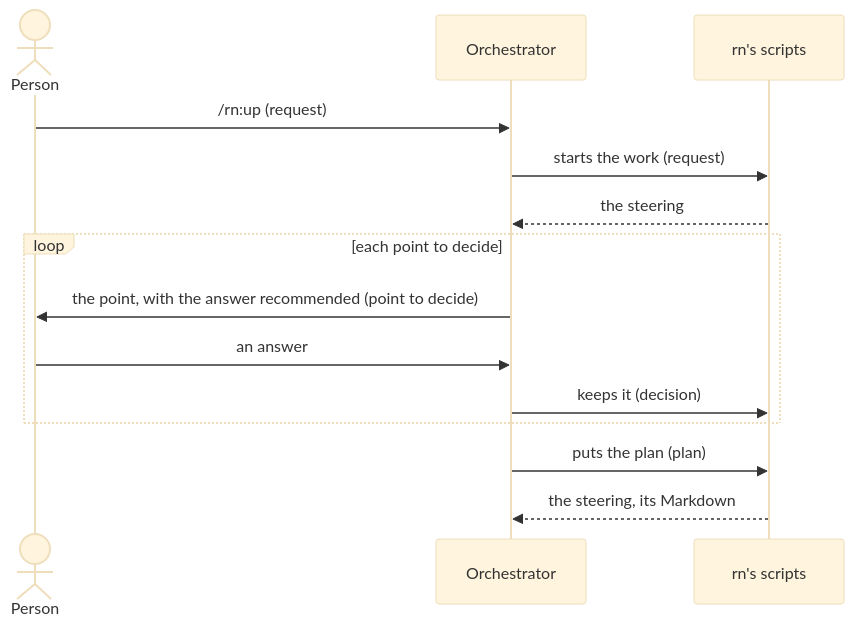
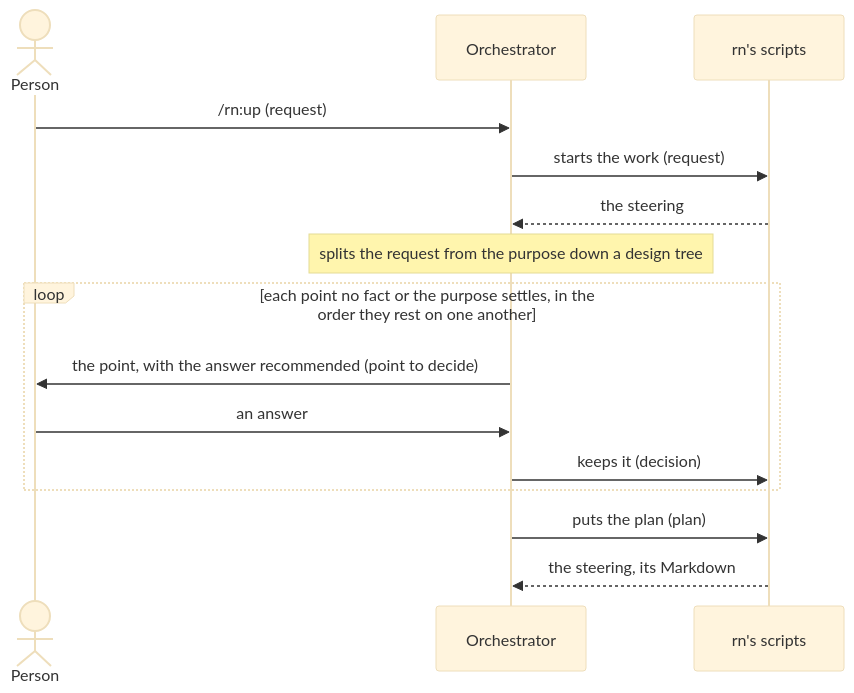
One commit to lovaizu/ccpm changed the first of 5 diagrams in dev/rn/architecture.md. Above: the diagram before and after it, drawn with Mermaid (base theme). The commit also changed other lines of this file and 5 other files, not shown here.

First line of the commit message:
rn's architecture checked against a design tree settled by the steering; the points asked down a design tree, and work going on another day

````diff
--- a/dev/rn/architecture.md
+++ b/dev/rn/architecture.md
@@ -102,16 +113,17 @@
 ```mermaid
 sequenceDiagram
   actor U as Person
   participant O as Orchestrator
   participant S as rn's scripts
   U->>O: /rn:up (request)
   O->>S: starts the work (request)
   S-->>O: the steering
-  loop each point to decide
+  Note over O: splits the request from the purpose down a design tree
+  loop each point no fact or the purpose settles, in the order they rest on one another
     O->>U: the point, with the answer recommended (point to decide)
     U->>O: an answer
     O->>S: keeps it (decision)
   end
   O->>S: puts the plan (plan)
   S-->>O: the steering, its Markdown
 ```
````
